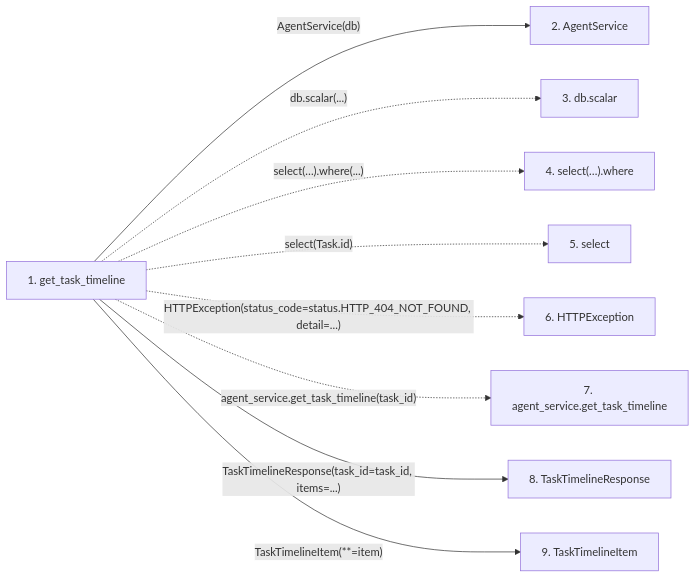
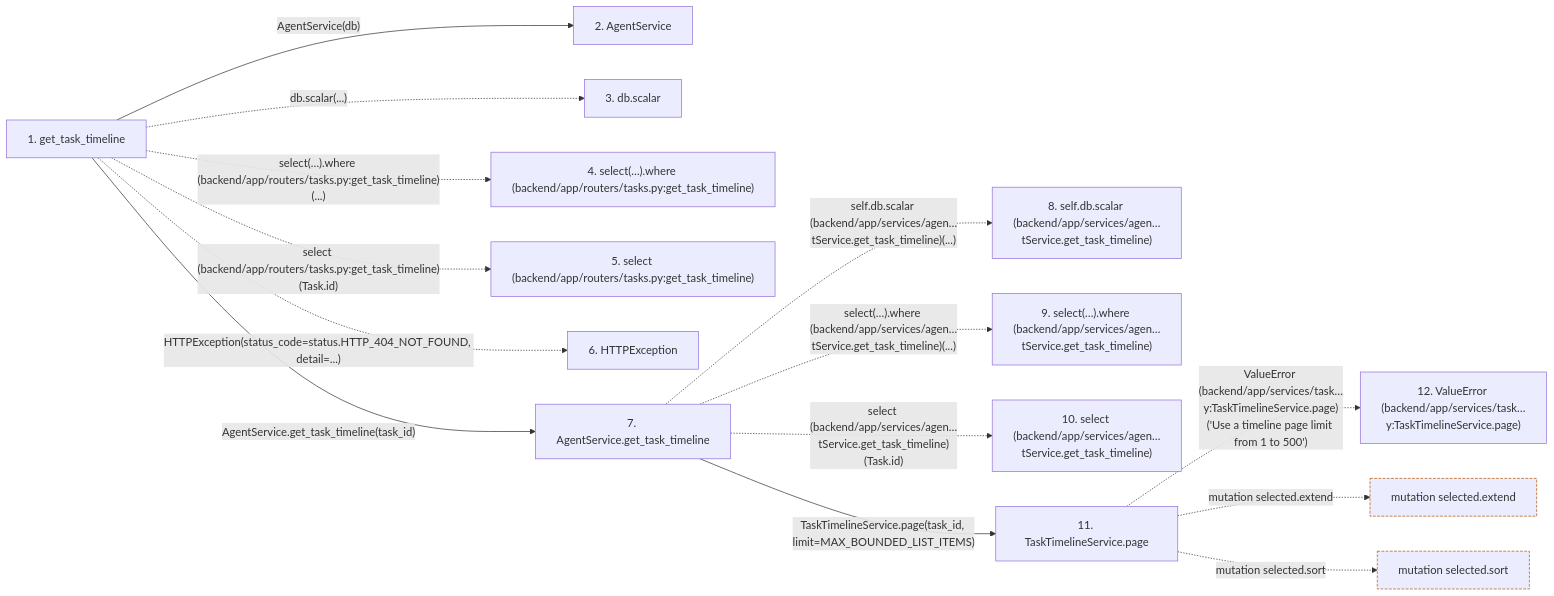
Before and after one commit to Denissvgn/WorkChord: the second of 2 diagrams in docs/llm_wiki/flows/http-get_task_timeline.md, drawn with Mermaid. The commit also changed other lines of this file and 25171 other files, not shown here.

````diff
--- a/docs/llm_wiki/flows/http-get_task_timeline.md
+++ b/docs/llm_wiki/flows/http-get_task_timeline.md
@@ -34,24 +130,37 @@
 ```mermaid
 flowchart LR
     s1["1. get_task_timeline"]
     s2["2. AgentService"]
     s3["3. db.scalar"]
-    s4["4. select(…).where"]
-    s5["5. select"]
+    s4["4. select(…).where (backend/app/routers/tasks.py:get_task_timeline)"]
+    s5["5. select (backend/app/routers/tasks.py:get_task_timeline)"]
     s6["6. HTTPException"]
-    s7["7. agent_service.get_task_timeline"]
-    s8["8. TaskTimelineResponse"]
-    s9["9. TaskTimelineItem"]
+    s7["7. AgentService.get_task_timeline"]
+    s8["8. self.db.scalar (backend/app/services/agen…tService.get_task_timeline)"]
+    s9["9. select(…).where (backend/app/services/agen…tService.get_task_timeline)"]
+    s10["10. select (backend/app/services/agen…tService.get_task_timeline)"]
+    s11["11. TaskTimelineService.page"]
+    s12["12. ValueError (backend/app/services/task…y:TaskTimelineService.page)"]
     s1 -->|"AgentService(db)"| s2
     s1 -. "db.scalar(...)" .-> s3
-    s1 -. "select(…).where(...)" .-> s4
-    s1 -. "select(Task.id)" .-> s5
+    s1 -. "select(…).where (backend/app/routers/tasks.py:get_task_timeline)(...)" .-> s4
+    s1 -. "select (backend/app/routers/tasks.py:get_task_timeline)(Task.id)" .-> s5
     s1 -. "HTTPException(status_code=status.HTTP_404_NOT_FOUND, detail=...)" .-> s6
-    s1 -. "agent_service.get_task_timeline(task_id)" .-> s7
-    s1 -->|"TaskTimelineResponse(task_id=task_id, items=...)"| s8
-    s1 -->|"TaskTimelineItem(**=item)"| s9
+    s1 -->|"AgentService.get_task_timeline(task_id)"| s7
+    s7 -. "self.db.scalar (backend/app/services/agen…tService.get_task_timeline)(...)" .-> s8
+    s7 -. "select(…).where (backend/app/services/agen…tService.get_task_timeline)(...)" .-> s9
+    s7 -. "select (backend/app/services/agen…tService.get_task_timeline)(Task.id)" .-> s10
+    s7 -->|"TaskTimelineService.page(task_id, limit=MAX_BOUNDED_LIST_ITEMS)"| s11
+    s11 -. "ValueError (backend/app/services/task…y:TaskTimelineService.page)('Use a timeline page limit from 1 to 500')" .-> s12
+    b0["mutation selected.extend"]
+    s11 -. "mutation selected.extend" .-> b0
+    b1["mutation selected.sort"]
+    s11 -. "mutation selected.sort" .-> b1
     click s1 "../modules/tasks.md"
     click s2 "../modules/agent_service.md"
-    click s8 "../modules/schemas_agent.md"
-    click s9 "../modules/schemas_agent.md"
+    click s7 "../modules/agent_service.md"
+    click s11 "../modules/task_timeline_service.md"
+    classDef boundary stroke:#b45309,stroke-dasharray: 4 2
+    class b0 boundary
+    class b1 boundary
 ```
````
